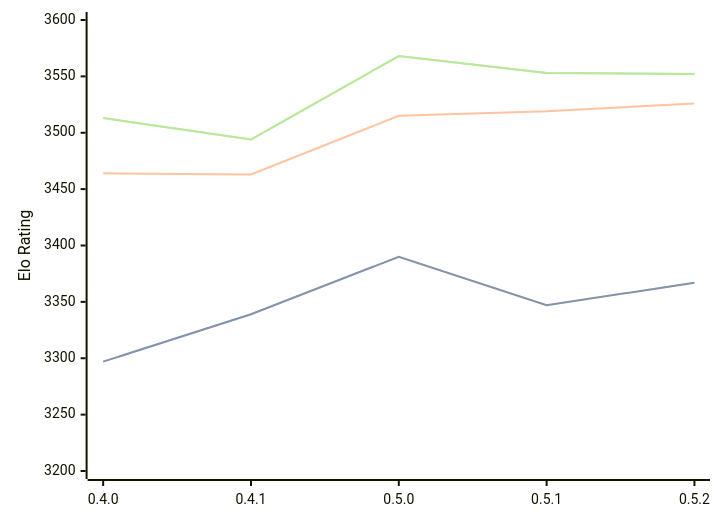
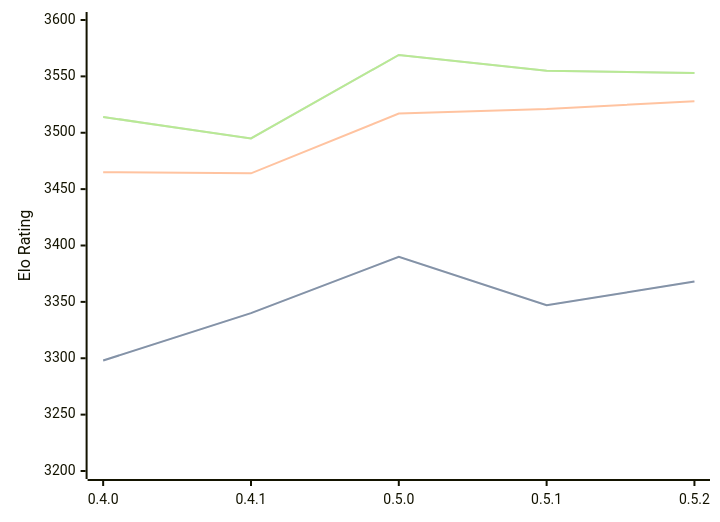
The diagram in engines/Cinder.md (computer-chess-index/cci), drawn with Mermaid before and after one commit. The commit also changed other lines of this file, not shown here.

Commit message:
Update CCI Ratings (ELO VLTC) - 2026-07-23

````diff
--- a/engines/Cinder.md
+++ b/engines/Cinder.md
@@ -43,11 +43,11 @@
 ```mermaid
 %%{init: {"theme":"base","themeVariables":{"seriesColors:['#a3a3a3','#222221','#faa371']}}}%%
 xychart-beta
   x-axis ["0.4.0", "0.4.1", "0.5.0", "0.5.1", "0.5.2"]
   y-axis "Elo Rating" 3200 --> 3600
-  line "STC (8.0+0.08s)" [3297, 3339, 3390, 3347, 3367]
-  line "STC (8.0+0.08s)" [3297, 3339, 3390, 3347, 3367]
-  line "LTC (60.0+0.60s)" [3464, 3463, 3515, 3519, 3526]
-  line "VLTC (2m24s+1.12s)" [3513, 3494, 3568, 3553, 3552]
-  line "VLTC (2m24s+1.12s)" [3513, 3494, 3568, 3553, 3552]
+  line "STC (8.0+0.08s)" [3298, 3340, 3390, 3347, 3368]
+  line "STC (8.0+0.08s)" [3298, 3340, 3390, 3347, 3368]
+  line "LTC (60.0+0.60s)" [3465, 3464, 3517, 3521, 3528]
+  line "VLTC (2m24s+1.12s)" [3514, 3495, 3569, 3555, 3553]
+  line "VLTC (2m24s+1.12s)" [3514, 3495, 3569, 3555, 3553]
 ```
````
